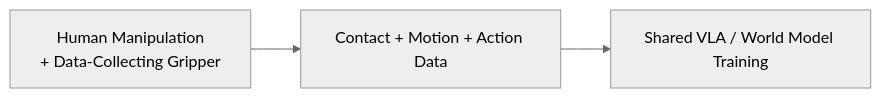
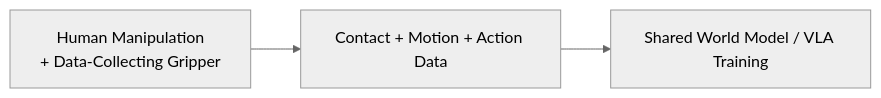
One commit to Freelunch-AI/freelunch-ide changed the third of 13 diagrams in docs/specs/post-demo/lunch_robotics.md. Above: the diagram before and after it, drawn with Mermaid (neutral theme). The commit also changed other lines of this file, not shown here.

````diff
--- a/docs/specs/post-demo/lunch_robotics.md
+++ b/docs/specs/post-demo/lunch_robotics.md
@@ -433,7 +260,7 @@
 ```mermaid
 flowchart LR
     A["Human Manipulation<br/>+ Data-Collecting Gripper"]
     --> B["Contact + Motion + Action Data"]
 
-    B --> C["Shared VLA / World Model Training"]
+    B --> C["Shared World Model / VLA Training"]
 ```
````
